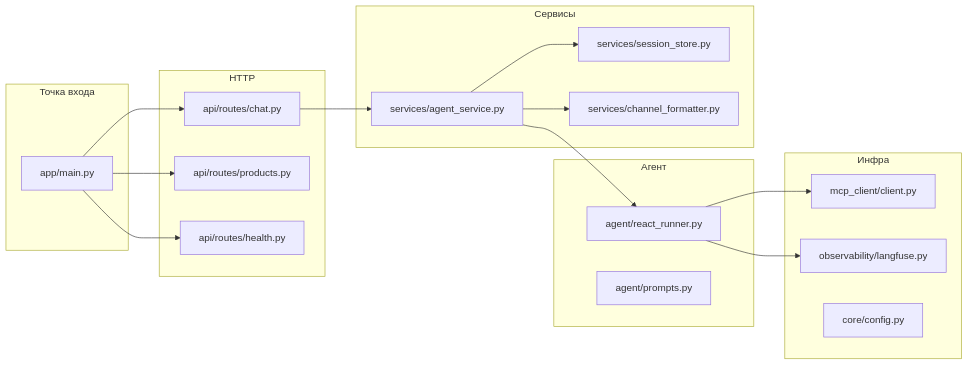
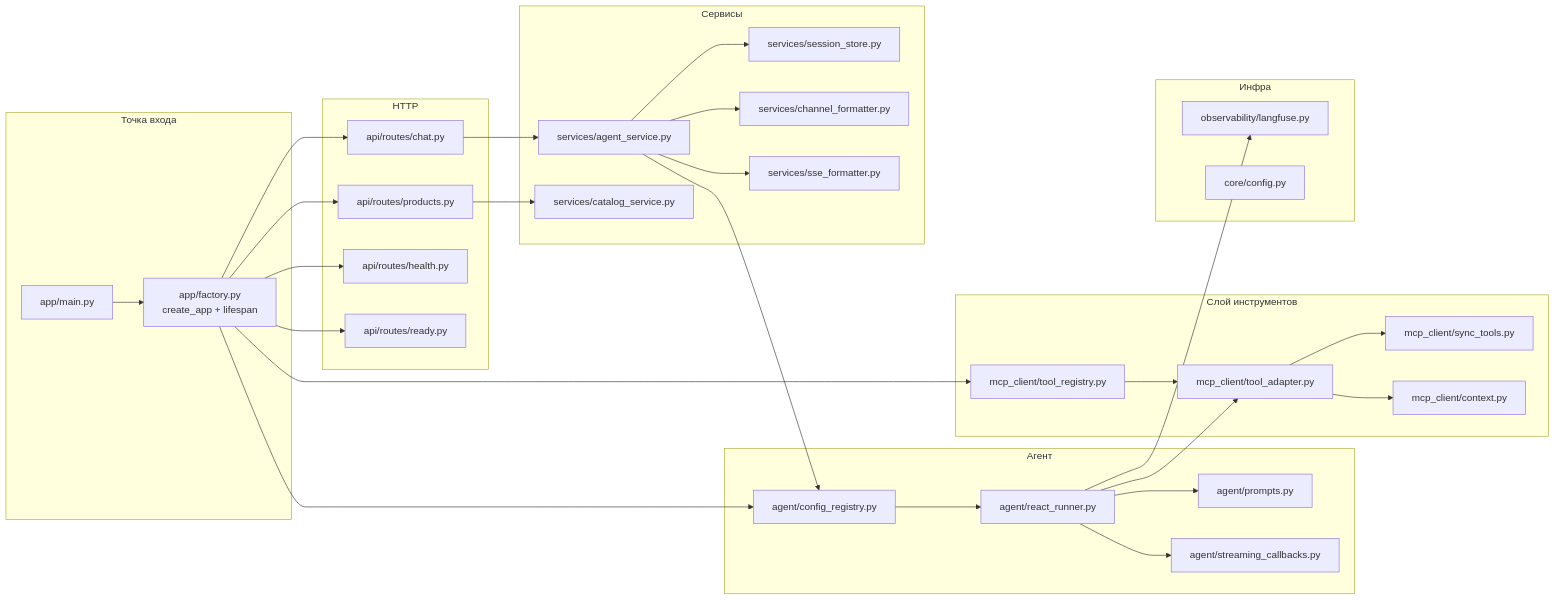
Before and after one commit to vzolotopupov77/llmstart-agent: the seventh of 9 diagrams in docs/concept/architecture.md, drawn with Mermaid. The commit also changed other lines of this file and 115 other files, not shown here.

````diff
--- a/docs/concept/architecture.md
+++ b/docs/concept/architecture.md
@@ -234,39 +261,63 @@
 ```mermaid
 flowchart LR
     subgraph entry["Точка входа"]
         M[app/main.py]
+        F[app/factory.py<br/>create_app + lifespan]
     end
 
     subgraph http["HTTP"]
         R[api/routes/chat.py]
         P[api/routes/products.py]
         H[api/routes/health.py]
+        RD[api/routes/ready.py]
     end
 
     subgraph agent["Агент"]
         RC[agent/react_runner.py]
         PR[agent/prompts.py]
+        CR[agent/config_registry.py]
+        SC[agent/streaming_callbacks.py]
     end
 
     subgraph services["Сервисы"]
+        AG[services/agent_service.py]
         SS[services/session_store.py]
         CH[services/channel_formatter.py]
-        AG[services/agent_service.py]
+        SF[services/sse_formatter.py]
+        CS[services/catalog_service.py]
+    end
+
+    subgraph toolsl["Слой инструментов"]
+        TR[mcp_client/tool_registry.py]
+        TA[mcp_client/tool_adapter.py]
+        ST[mcp_client/sync_tools.py]
+        CX[mcp_client/context.py]
     end
 
     subgraph infra["Инфра"]
-        MC[mcp_client/client.py]
         LF[observability/langfuse.py]
         CFG[core/config.py]
     end
 
-    M --> R
-    M --> P
-    M --> H
+    M --> F
+    F --> R
+    F --> P
+    F --> H
+    F --> RD
+    F --> TR
+    TR --> TA
+    TA --> ST
+    TA --> CX
+    F --> CR
     R --> AG
     AG --> SS
-    AG --> RC
-    RC --> MC
+    AG --> CR
+    CR --> RC
+    RC --> PR
+    RC --> TA
     AG --> CH
+    AG --> SF
+    RC --> SC
     RC --> LF
+    P --> CS
 ```
````
